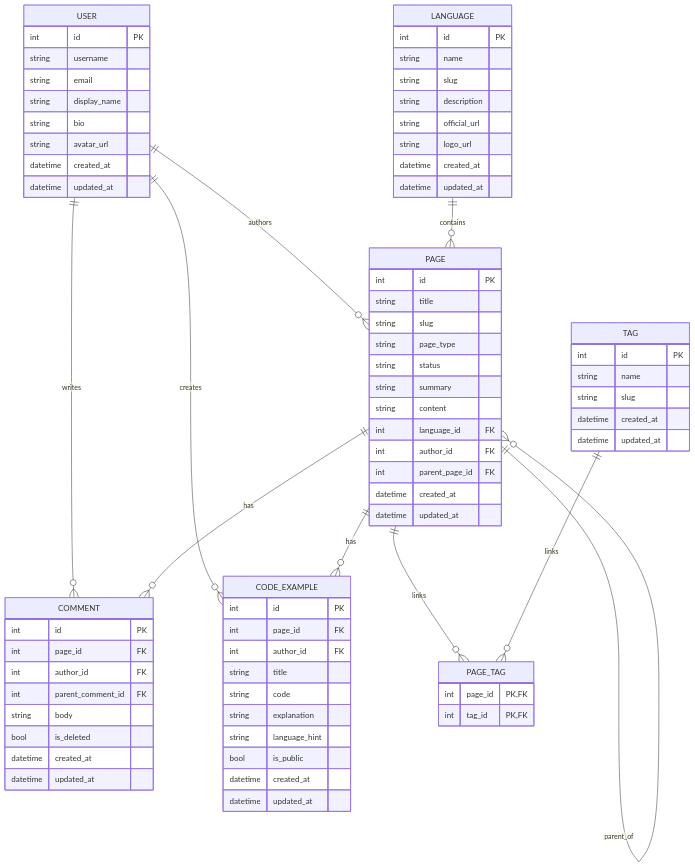
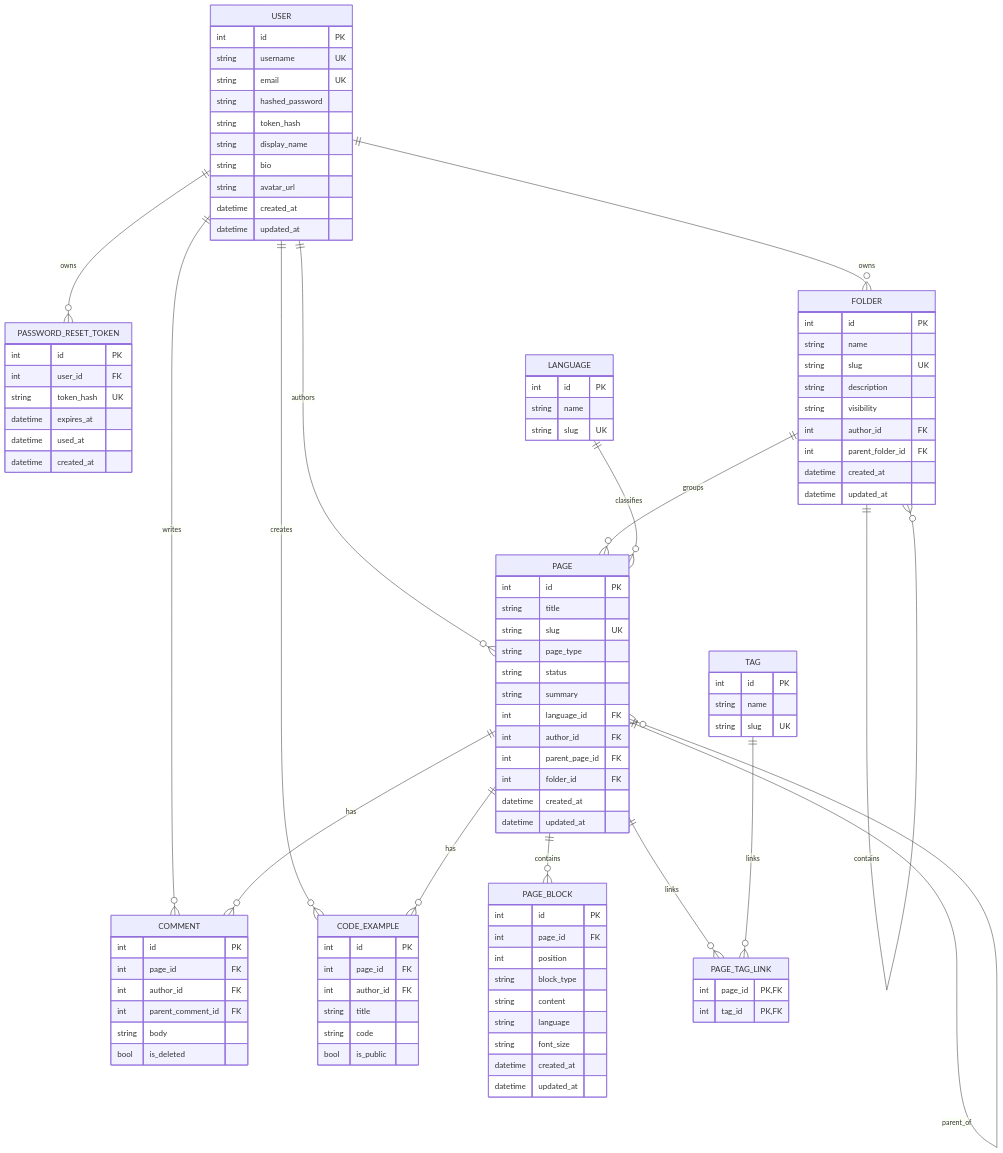
One commit to WikiDev-Team/WikiDev changed the diagram in docs/erd.mmd. Above: the diagram before and after it, drawn with Mermaid. The commit also changed 70 other files, not shown here.

```diff
--- a/docs/erd.mmd
+++ b/docs/erd.mmd
@@ -1,84 +1,77 @@
 erDiagram
+    USER ||--o{ PASSWORD_RESET_TOKEN : owns
+    USER ||--o{ FOLDER : owns
     USER ||--o{ PAGE : authors
     USER ||--o{ COMMENT : writes
     USER ||--o{ CODE_EXAMPLE : creates
-    LANGUAGE ||--o{ PAGE : contains
+    FOLDER ||--o{ FOLDER : contains
+    FOLDER ||--o{ PAGE : groups
+    LANGUAGE ||--o{ PAGE : classifies
+    PAGE ||--o{ PAGE_BLOCK : contains
     PAGE ||--o{ COMMENT : has
     PAGE ||--o{ CODE_EXAMPLE : has
     PAGE ||--o{ PAGE : parent_of
-    PAGE ||--o{ PAGE_TAG : links
-    TAG ||--o{ PAGE_TAG : links
+    PAGE ||--o{ PAGE_TAG_LINK : links
+    TAG ||--o{ PAGE_TAG_LINK : links
 
     USER {
         int id PK
-        string username
-        string email
+        string username UK
+        string email UK
+        string hashed_password
+        string token_hash
         string display_name
         string bio
         string avatar_url
         datetime created_at
         datetime updated_at
     }
-
-    LANGUAGE {
+    PASSWORD_RESET_TOKEN {
+        int id PK
+        int user_id FK
+        string token_hash UK
+        datetime expires_at
+        datetime used_at
+        datetime created_at
+    }
+    FOLDER {
         int id PK
         string name
-        string slug
+        string slug UK
         string description
-        string official_url
-        string logo_url
+        string visibility
+        int author_id FK
+        int parent_folder_id FK
         datetime created_at
         datetime updated_at
     }
-
-    TAG {
+    PAGE {
         int id PK
-        string name
-        string slug
+        string title
+        string slug UK
+        string page_type
+        string status
+        string summary
+        int language_id FK
+        int author_id FK
+        int parent_page_id FK
+        int folder_id FK
         datetime created_at
         datetime updated_at
     }
-
-    PAGE {
+    PAGE_BLOCK {
         int id PK
-        string title
-        string slug
-        string page_type
-        string status
-        string summary
+        int page_id FK
+        int position
+        string block_type
         string content
-        int language_id FK
-        int author_id FK
-        int parent_page_id FK
+        string language
+        string font_size
         datetime created_at
         datetime updated_at
     }
-
-    COMMENT {
-        int id PK
-        int page_id FK
-        int author_id FK
-        int parent_comment_id FK
-        string body
-        bool is_deleted
-        datetime created_at
-        datetime updated_at
-    }
-
-    CODE_EXAMPLE {
-        int id PK
-        int page_id FK
-        int author_id FK
-        string title
-        string code
-        string explanation
-        string language_hint
-        bool is_public
-        datetime created_at
-        datetime updated_at
-    }
-
-    PAGE_TAG {
-        int page_id PK, FK
-        int tag_id PK, FK
-    }
+    LANGUAGE { int id PK string name string slug UK }
+    TAG { int id PK string name string slug UK }
+    COMMENT { int id PK int page_id FK int author_id FK int parent_comment_id FK string body bool is_deleted }
+    CODE_EXAMPLE { int id PK int page_id FK int author_id FK string title string code bool is_public }
+    PAGE_TAG_LINK { int page_id PK, FK int tag_id PK, FK }
```
